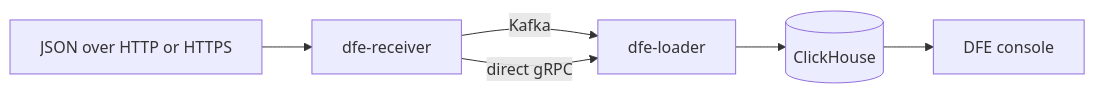
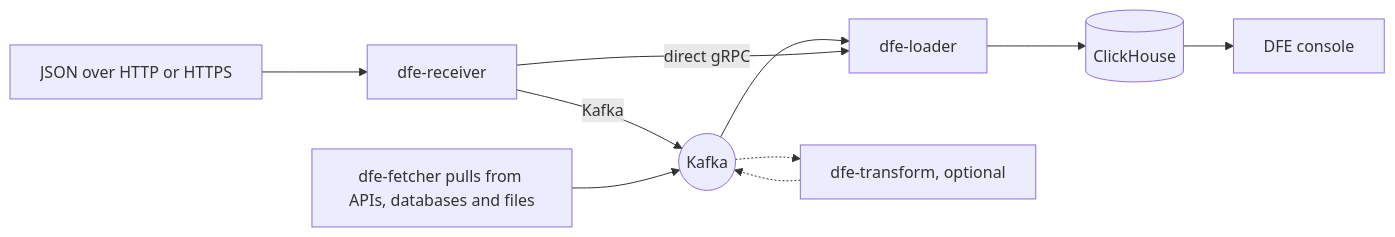
One commit to hyperi-io/dfe-infra changed the diagram in docs-site/content-root/README.md. Above: the diagram before and after it, drawn with Mermaid. The commit also changed other lines of this file, not shown here.

Commit message:
docs(overview): show transform and dfe-fetcher in pipeline diagram
The diagram showed only receiver to loader over Kafka or gRPC. It now shows Kafka as the bus and dfe-fetcher as the second way in.

The optional transform app reads one topic and writes the next. One sentence under the diagram says when the transform is on the path.

````diff
--- a/docs-site/content-root/README.md
+++ b/docs-site/content-root/README.md
@@ -19,8 +19,11 @@
 ```mermaid
 flowchart LR
   S[JSON over HTTP or HTTPS] --> R[dfe-receiver]
-  R -->|Kafka| L[dfe-loader]
+  R -->|Kafka| K((Kafka))
+  F[dfe-fetcher pulls from APIs, databases and files] --> K
+  K --> L[dfe-loader]
+  K -.-> T[dfe-transform, optional] -.-> K
   R -->|direct gRPC| L
   L --> C[(ClickHouse)]
   C --> H[DFE console]
 ```
````
